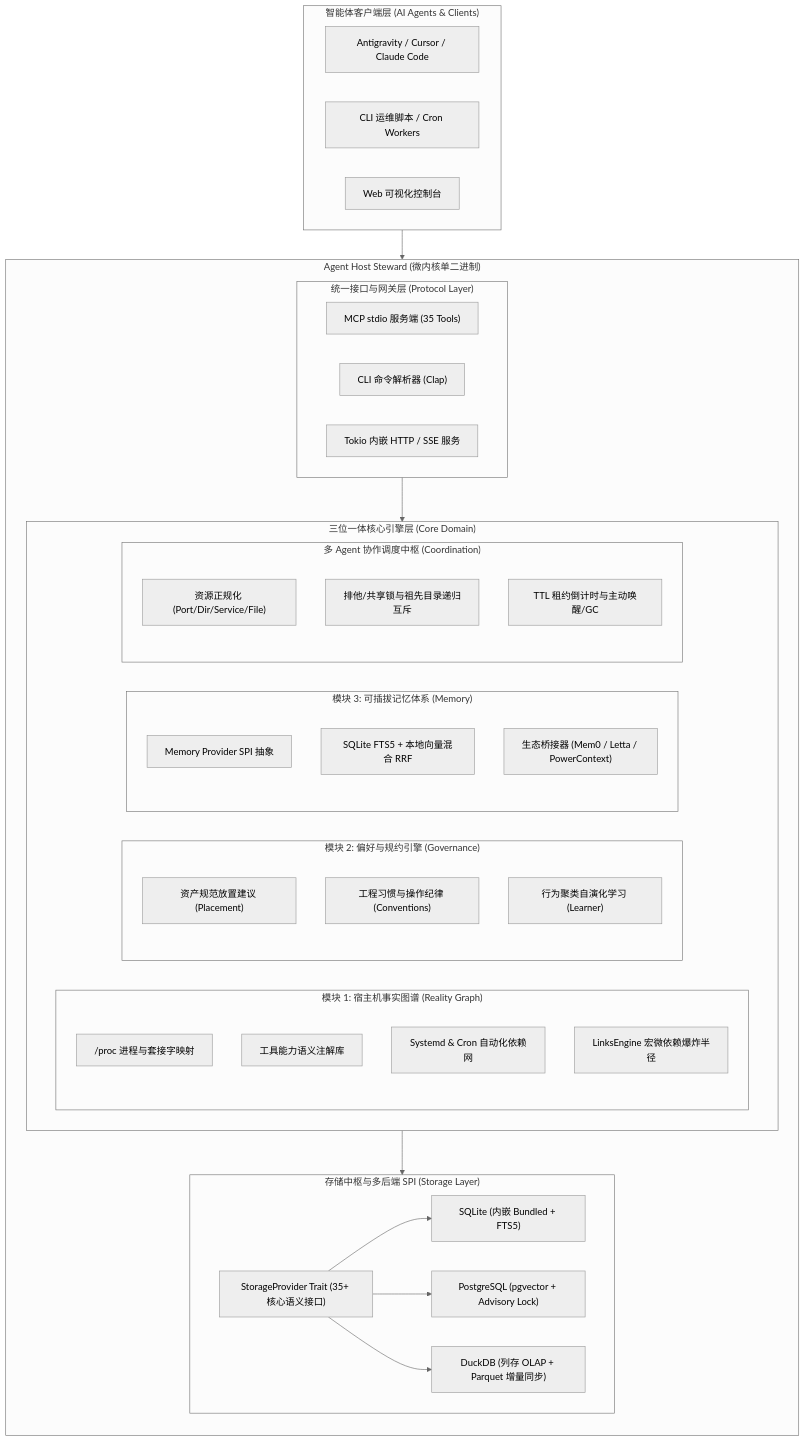
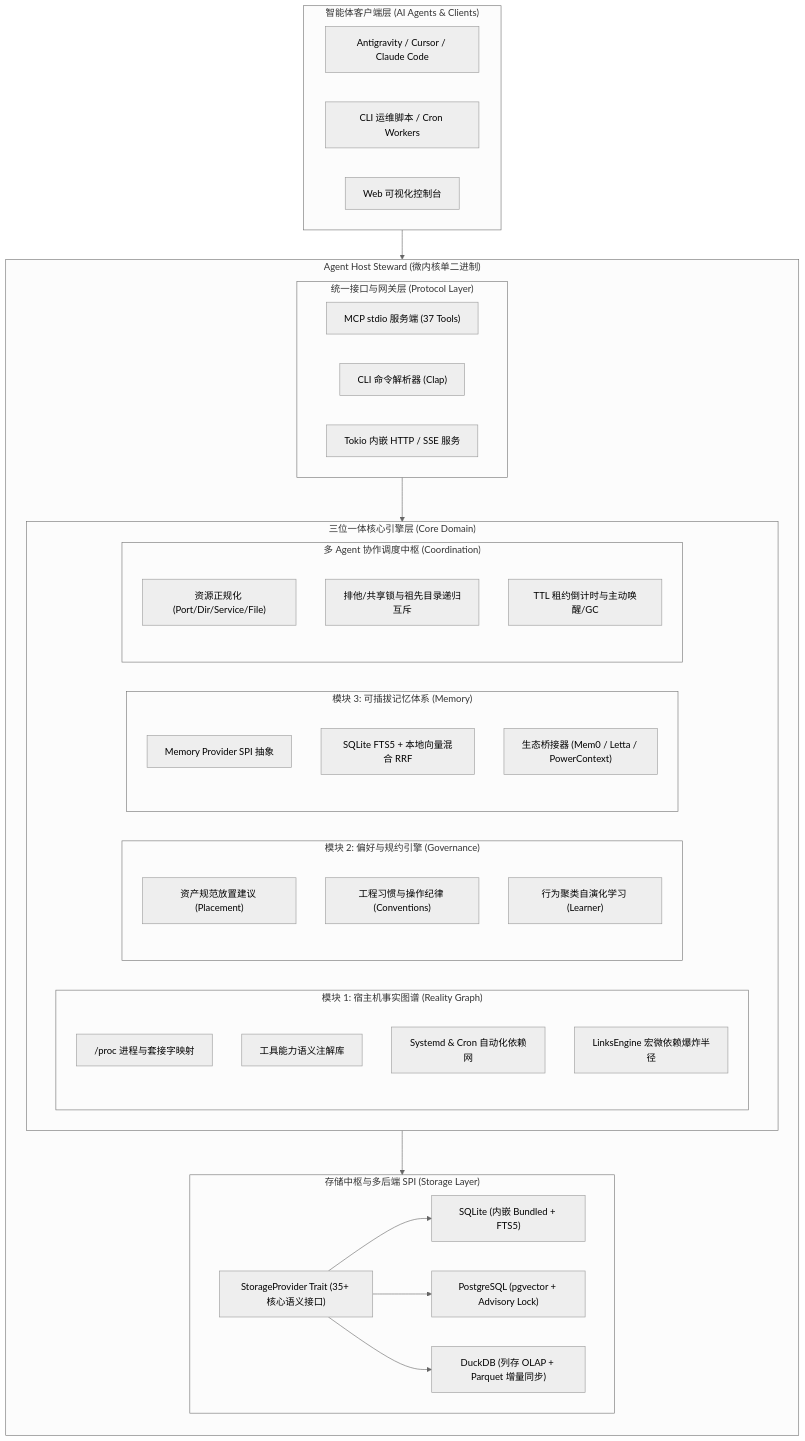
One commit to digoal/agent-body changed the first of 4 diagrams in arch/01-for-architects.md. Above: the diagram before and after it, drawn with Mermaid (neutral theme). The commit also changed 31 other files, not shown here.

````diff
--- a/arch/01-for-architects.md
+++ b/arch/01-for-architects.md
@@ -40,59 +40,59 @@
 ```mermaid
 graph TD
     subgraph Clients["智能体客户端层 (AI Agents & Clients)"]
         A1["Antigravity / Cursor / Claude Code"]
         A2["CLI 运维脚本 / Cron Workers"]
         A3["Web 可视化控制台"]
     end
 
     subgraph Steward["Agent Host Steward (微内核单二进制)"]
         direction TB
         
         subgraph Protocols["统一接口与网关层 (Protocol Layer)"]
-            P1["MCP stdio 服务端 (35 Tools)"]
+            P1["MCP stdio 服务端 (37 Tools)"]
             P2["CLI 命令解析器 (Clap)"]
             P3["Tokio 内嵌 HTTP / SSE 服务"]
         end
 
         subgraph Core["三位一体核心引擎层 (Core Domain)"]
             subgraph M1["模块 1: 宿主机事实图谱 (Reality Graph)"]
                 F1["/proc 进程与套接字映射"]
                 F2["工具能力语义注解库"]
                 F3["Systemd & Cron 自动化依赖网"]
                 F4["LinksEngine 宏微依赖爆炸半径"]
             end
 
             subgraph M2["模块 2: 偏好与规约引擎 (Governance)"]
                 G1["资产规范放置建议 (Placement)"]
                 G2["工程习惯与操作纪律 (Conventions)"]
                 G3["行为聚类自演化学习 (Learner)"]
             end
 
             subgraph M3["模块 3: 可插拔记忆体系 (Memory)"]
                 Mem1["Memory Provider SPI 抽象"]
                 Mem2["SQLite FTS5 + 本地向量混合 RRF"]
                 Mem3["生态桥接器 (Mem0 / Letta / PowerContext)"]
             end
 
             subgraph Coordination["多 Agent 协作调度中枢 (Coordination)"]
                 C1["资源正规化 (Port/Dir/Service/File)"]
                 C2["排他/共享锁与祖先目录递归互斥"]
                 C3["TTL 租约倒计时与主动唤醒/GC"]
             end
         end
 
         subgraph StorageSPI["存储中枢与多后端 SPI (Storage Layer)"]
             S_SPI["StorageProvider Trait (35+ 核心语义接口)"]
             S_SQLITE["SQLite (内嵌 Bundled + FTS5)"]
             S_PG["PostgreSQL (pgvector + Advisory Lock)"]
             S_DUCK["DuckDB (列存 OLAP + Parquet 增量同步)"]
         end
     end
 
     Clients --> Protocols
     Protocols --> Core
     Core --> StorageSPI
     S_SPI --> S_SQLITE
     S_SPI --> S_PG
     S_SPI --> S_DUCK
 ```
````
